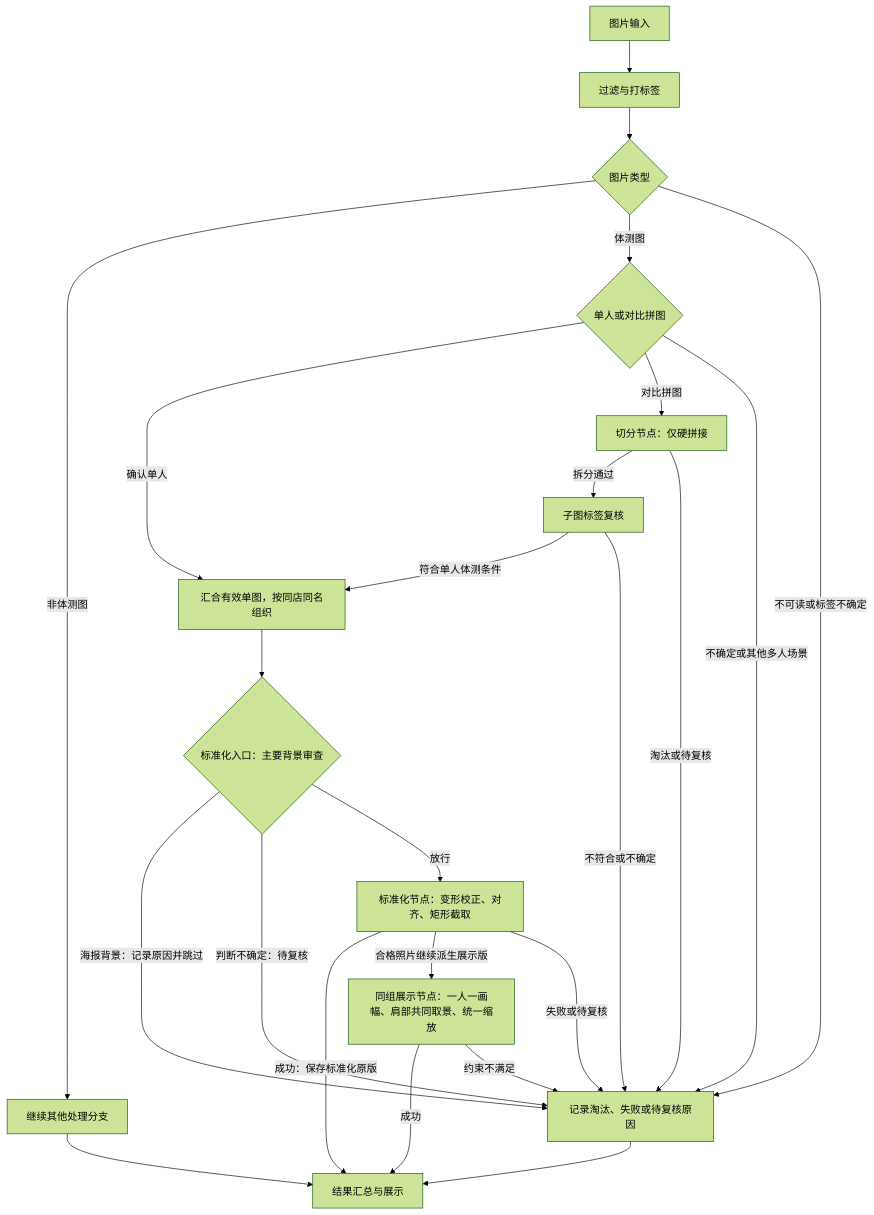
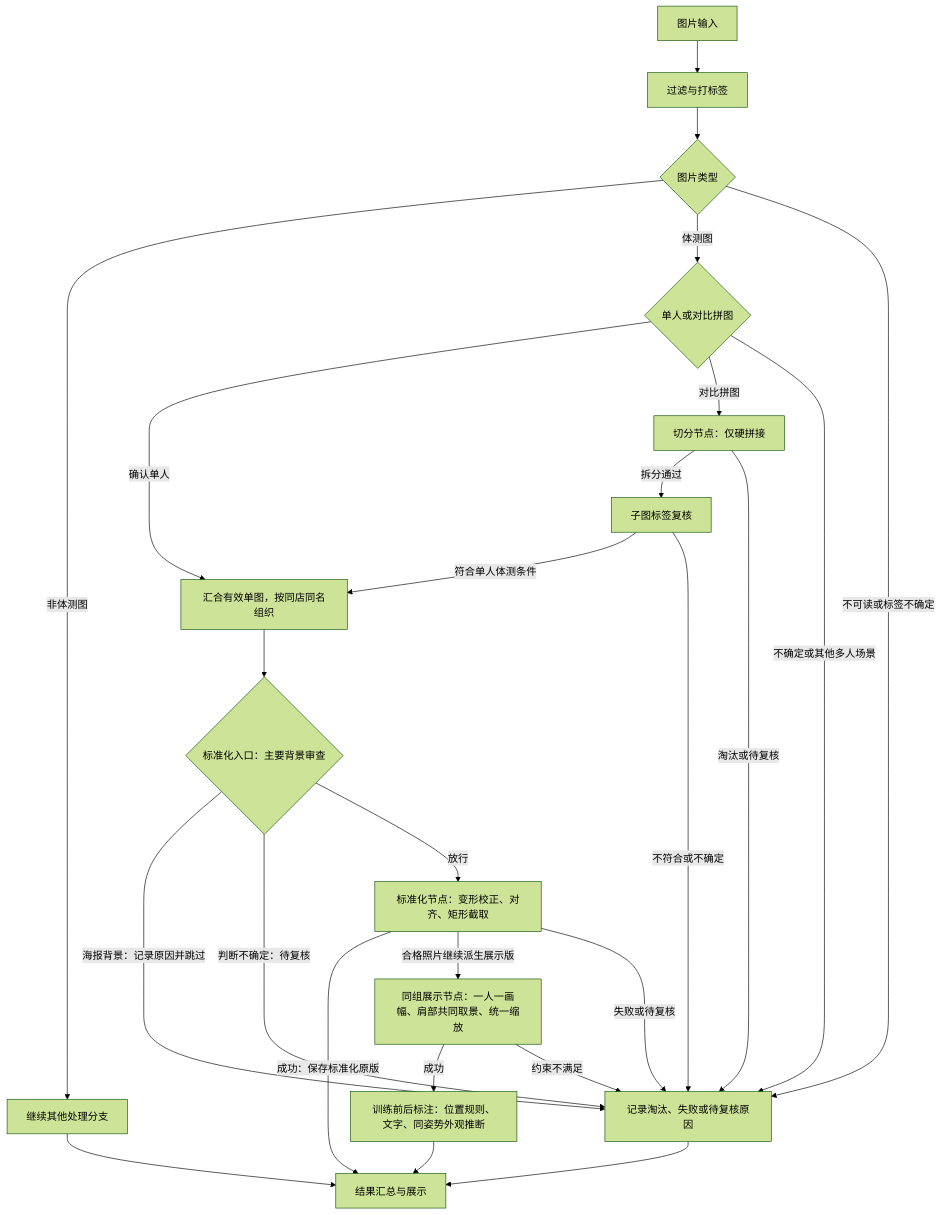
One commit to zmdo/smart-pos changed the diagram in docs/workflows/body-scan-processing.md. Above: the diagram before and after it, drawn with Mermaid (forest theme). The commit also changed other lines of this file and 18 other files, not shown here.

````diff
--- a/docs/workflows/body-scan-processing.md
+++ b/docs/workflows/body-scan-processing.md
@@ -19,26 +20,27 @@
 ```mermaid
 flowchart TD
     A[图片输入] --> B[过滤与打标签]
     B --> C{图片类型}
     C -->|非体测图| O[继续其他处理分支]
     C -->|体测图| D{单人或对比拼图}
     C -->|不可读或标签不确定| X[记录淘汰、失败或待复核原因]
     D -->|确认单人| M[汇合有效单图，按同店同名组织]
     D -->|对比拼图| P[切分节点：仅硬拼接]
     D -->|不确定或其他多人场景| X
     P -->|拆分通过| F[子图标签复核]
     P -->|淘汰或待复核| X
     F -->|符合单人体测条件| M
     F -->|不符合或不确定| X
     M --> BGS{标准化入口：主要背景审查}
     BGS -->|海报背景：记录原因并跳过| X
     BGS -->|判断不确定：待复核| X
     BGS -->|放行| S[标准化节点：变形校正、对齐、矩形截取]
     S -->|成功：保存标准化原版| R[结果汇总与展示]
     S -->|合格照片继续派生展示版| G[同组展示节点：一人一画幅、肩部共同取景、统一缩放]
-    G -->|成功| R
+    G -->|成功| PH[训练前后标注：位置规则、文字、同姿势外观推断]
+    PH --> R
     G -->|约束不满足| X
     S -->|失败或待复核| X
     O --> R
     X --> R
 ```
````
